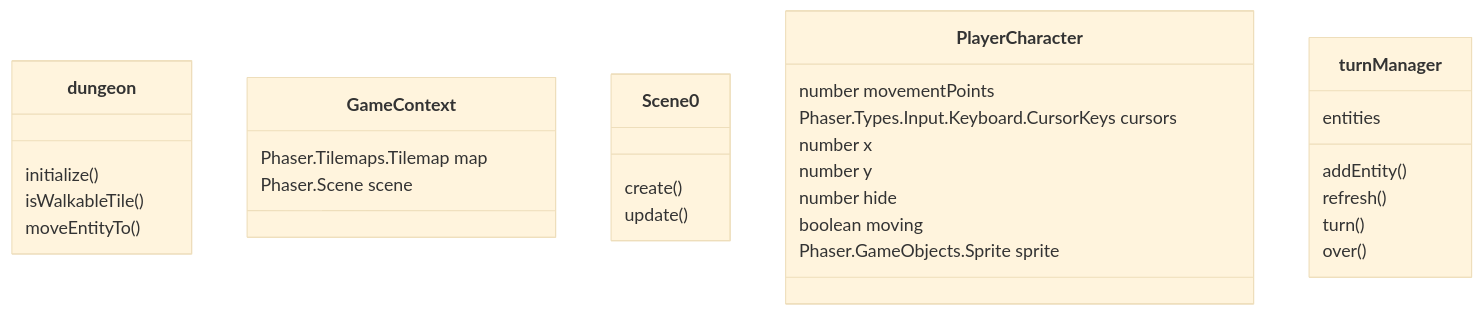
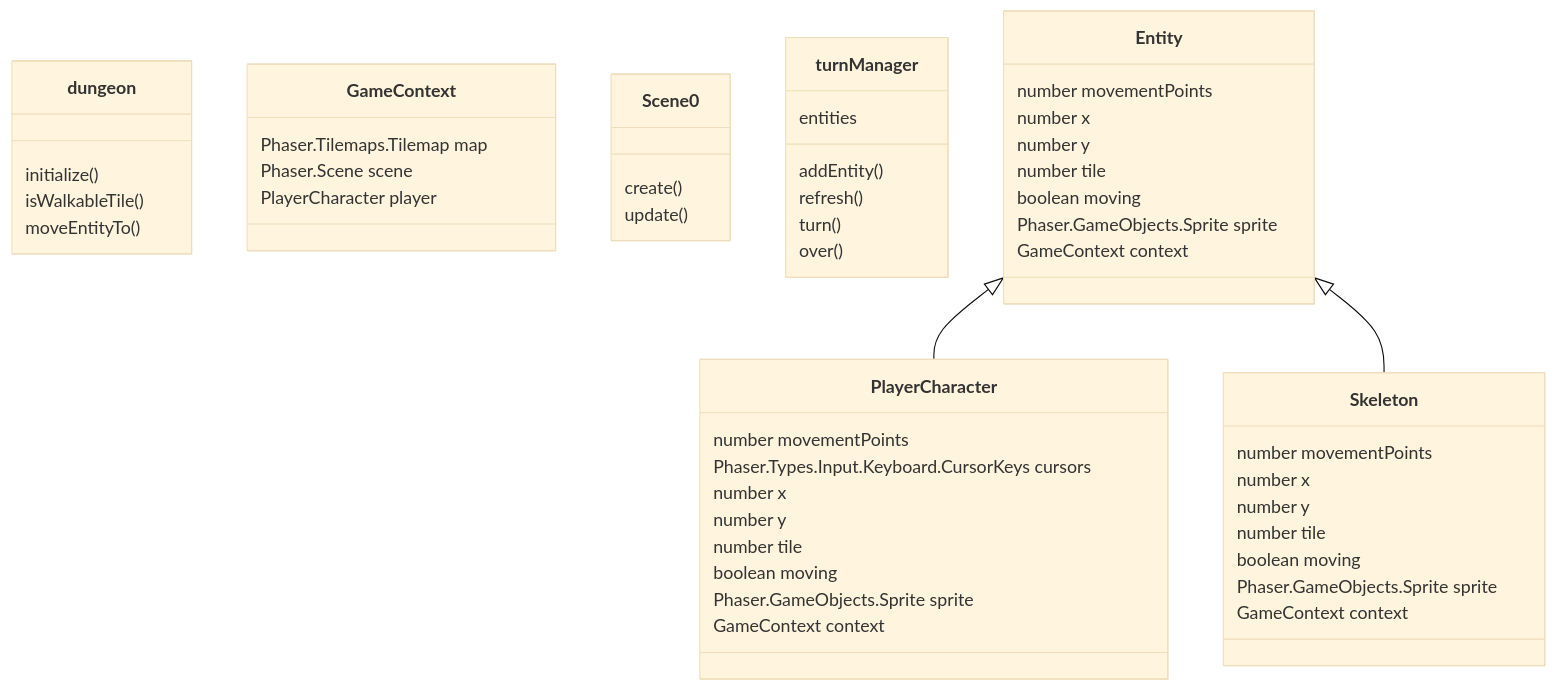
One commit to GuyKroizman/hidden-smoke changed the diagram in app/routes/games/rogue0/README.md. Above: the diagram before and after it, drawn with Mermaid (base theme).

````diff
--- a/app/routes/games/rogue0/README.md
+++ b/app/routes/games/rogue0/README.md
@@ -1,38 +1,63 @@
 ```mermaid
 classDiagram
 
     class dungeon{
       initialize()
       isWalkableTile()
       moveEntityTo()      
     }
 
     class GameContext{
         Phaser.Tilemaps.Tilemap map
         Phaser.Scene scene
+        PlayerCharacter player
     }
 
     class Scene0{
         create()
         update()
     }
 
     class PlayerCharacter{
         number movementPoints
         Phaser.Types.Input.Keyboard.CursorKeys cursors 
         number x
         number y
-        number hide
+        number tile
         boolean moving
         Phaser.GameObjects.Sprite sprite
+        GameContext context
+    }
+    
+    class Skeleton{
+        number movementPoints
+        number x
+        number y
+        number tile
+        boolean moving
+        Phaser.GameObjects.Sprite sprite
+        GameContext context
     }
 
     class turnManager{
         entities
         addEntity()
         refresh()
         turn()
         over()
     }
+    
+    class Entity{
+        number movementPoints
+        number x
+        number y
+        number tile
+        boolean moving
+        Phaser.GameObjects.Sprite sprite
+        GameContext context
+    }
+    
+    Entity <|-- PlayerCharacter
+    Entity <|-- Skeleton
 
 ```
````
